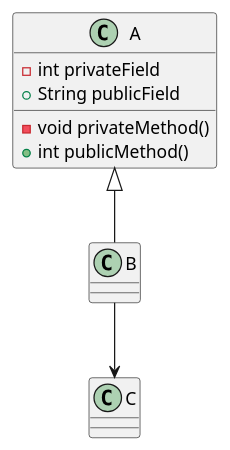
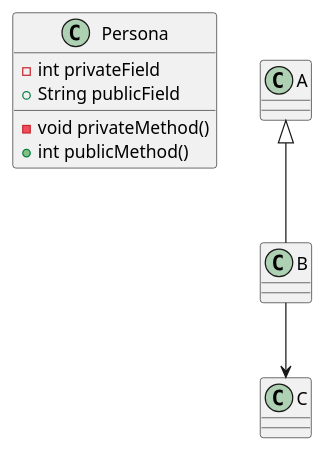
Before and after one commit to jnparedes/PruebaTDP2020: the diagram in uml.pu, drawn with PlantUML.

Commit message:
ultima modificacion uml

```diff
--- a/uml.pu
+++ b/uml.pu
@@ -1,17 +1,17 @@
 @startuml
-class A {
+class Persona {
     -int privateField
     +String publicField
     -void privateMethod()
     +int publicMethod()
 }
 
 class B {
 }
 
 class C {
 }
 
 A <|-- B
 B --> C
 @enduml
```
